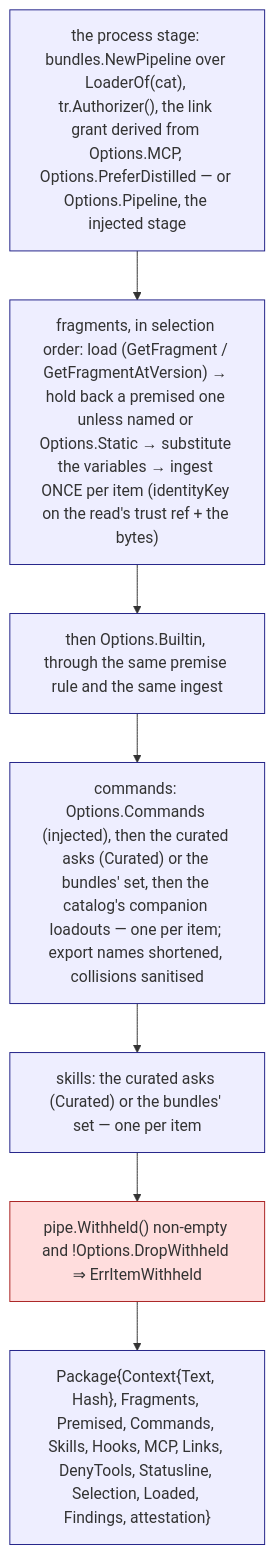
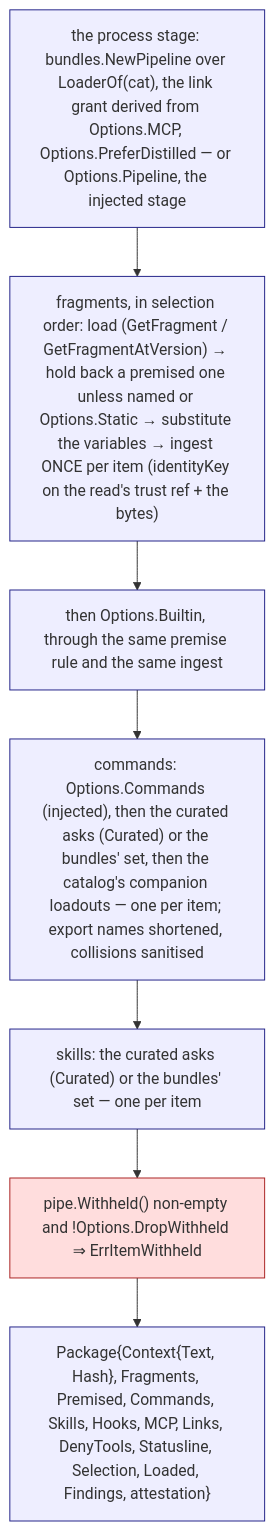
One commit to ctxloom/ctxloom changed the second of 2 diagrams in docs/architecture/core/composite.md. Above: the diagram before and after it, drawn with Mermaid. The commit also changed other lines of this file and 62 other files, not shown here.

````diff
--- a/docs/architecture/core/composite.md
+++ b/docs/architecture/core/composite.md
@@ -60,13 +59,13 @@
 ```mermaid
 flowchart TB
   classDef s fill:#eef,stroke:#228
   classDef v fill:#fdd,stroke:#a22
-  P["the process stage: bundles.NewPipeline over LoaderOf(cat), tr.Authorizer(), the link grant derived from Options.MCP, Options.PreferDistilled — or Options.Pipeline, the injected stage"]:::s
+  P["the process stage: bundles.NewPipeline over LoaderOf(cat), the link grant derived from Options.MCP, Options.PreferDistilled — or Options.Pipeline, the injected stage"]:::s
   F["fragments, in selection order: load (GetFragment / GetFragmentAtVersion) → hold back a premised one unless named or Options.Static → substitute the variables → ingest ONCE per item (identityKey on the read's trust ref + the bytes)"]:::s
   B["then Options.Builtin, through the same premise rule and the same ingest"]:::s
   C["commands: Options.Commands (injected), then the curated asks (Curated) or the bundles' set, then the catalog's companion loadouts — one per item; export names shortened, collisions sanitised"]:::s
   S["skills: the curated asks (Curated) or the bundles' set — one per item"]:::s
   W["pipe.Withheld() non-empty and !Options.DropWithheld ⇒ ErrItemWithheld"]:::v
   PK["Package{Context{Text, Hash}, Fragments, Premised, Commands, Skills, Hooks, MCP, Links, DenyTools, Statusline, Selection, Loaded, Findings, attestation}"]:::s
   P --> F --> B --> C --> S --> W --> PK
 ```
````
